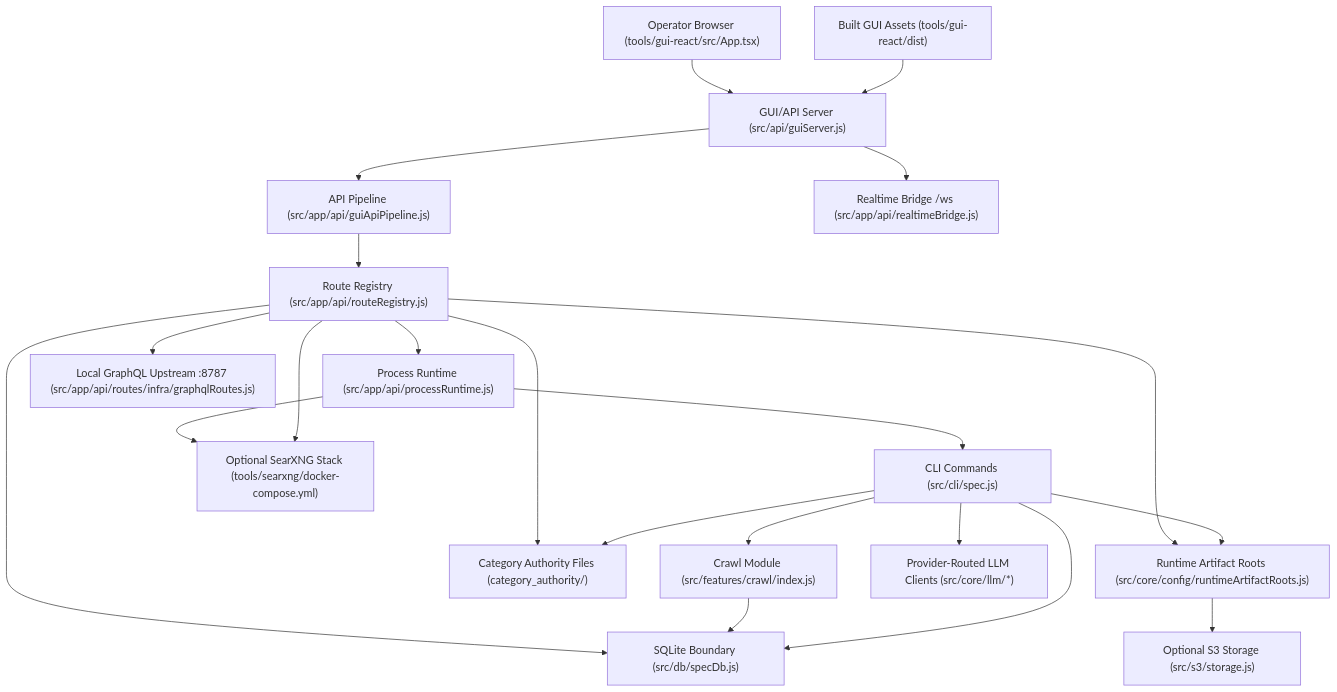
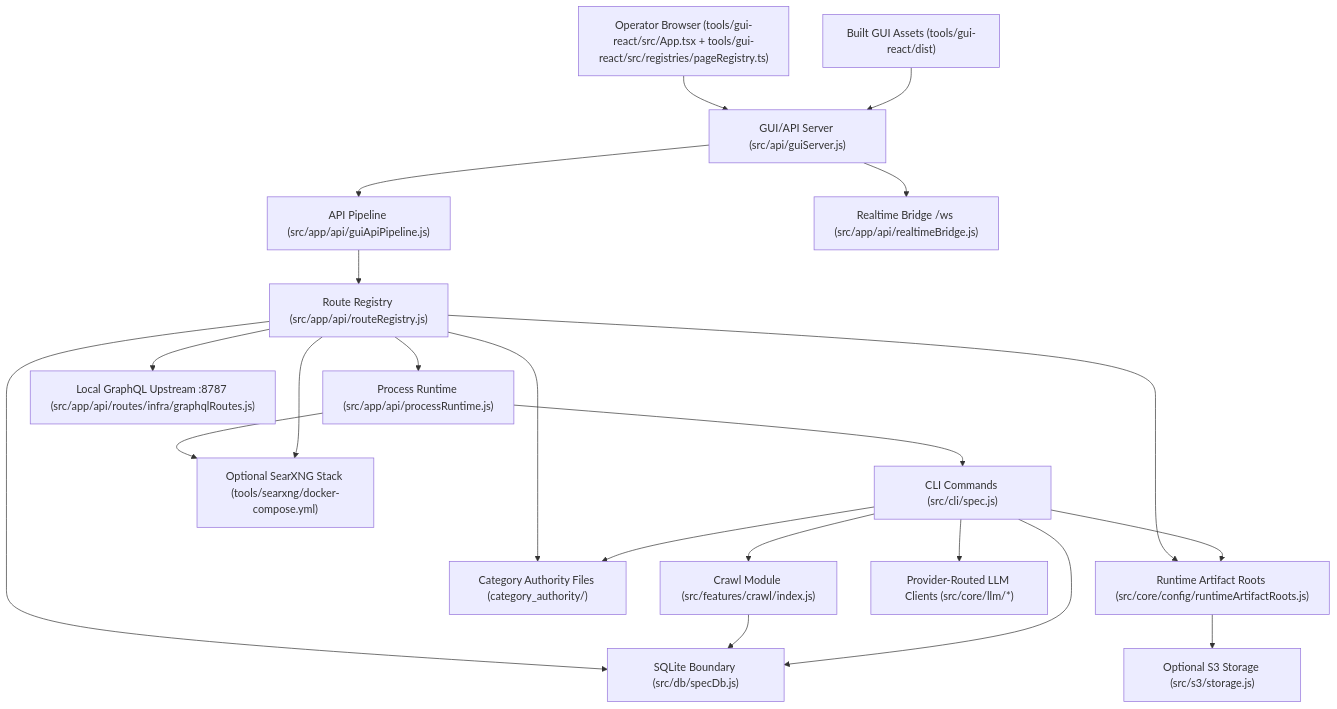
One commit to CdubVentures/Spec-Factory changed the diagram in docs/03-architecture/system-map.md. Above: the diagram before and after it, drawn with Mermaid. The commit also changed other lines of this file and 405 other files, not shown here.

````diff
--- a/docs/03-architecture/system-map.md
+++ b/docs/03-architecture/system-map.md
@@ -7,40 +7,40 @@
 ```mermaid
 graph TD
-  Browser["Operator Browser (tools/gui-react/src/App.tsx)"]
+  Browser["Operator Browser (tools/gui-react/src/App.tsx + tools/gui-react/src/registries/pageRegistry.ts)"]
   GuiBuild["Built GUI Assets (tools/gui-react/dist)"]
   GuiServer["GUI/API Server (src/api/guiServer.js)"]
   Pipeline["API Pipeline (src/app/api/guiApiPipeline.js)"]
   Routes["Route Registry (src/app/api/routeRegistry.js)"]
   Realtime["Realtime Bridge /ws (src/app/api/realtimeBridge.js)"]
   Proc["Process Runtime (src/app/api/processRuntime.js)"]
   Cli["CLI Commands (src/cli/spec.js)"]
   Crawl["Crawl Module (src/features/crawl/index.js)"]
   SpecDb["SQLite Boundary (src/db/specDb.js)"]
   Authority["Category Authority Files (category_authority/)"]
   Output["Runtime Artifact Roots (src/core/config/runtimeArtifactRoots.js)"]
   S3["Optional S3 Storage (src/s3/storage.js)"]
   Searxng["Optional SearXNG Stack (tools/searxng/docker-compose.yml)"]
   Graphql["Local GraphQL Upstream :8787 (src/app/api/routes/infra/graphqlRoutes.js)"]
   Llm["Provider-Routed LLM Clients (src/core/llm/*)"]
 
   Browser --> GuiServer
   GuiBuild --> GuiServer
   GuiServer --> Pipeline
   Pipeline --> Routes
   GuiServer --> Realtime
   Routes --> SpecDb
   Routes --> Authority
   Routes --> Output
   Routes --> Proc
   Proc --> Cli
   Cli --> Crawl
   Crawl --> SpecDb
   Cli --> SpecDb
   Cli --> Authority
   Cli --> Output
   Cli --> Llm
   Proc --> Searxng
   Routes --> Searxng
   Routes --> Graphql
   Output --> S3
 ```
````
